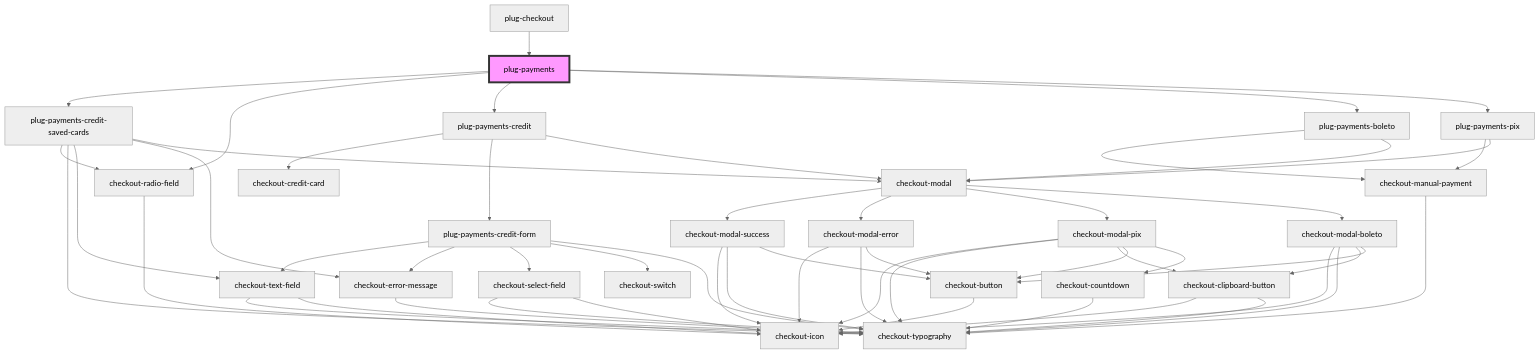
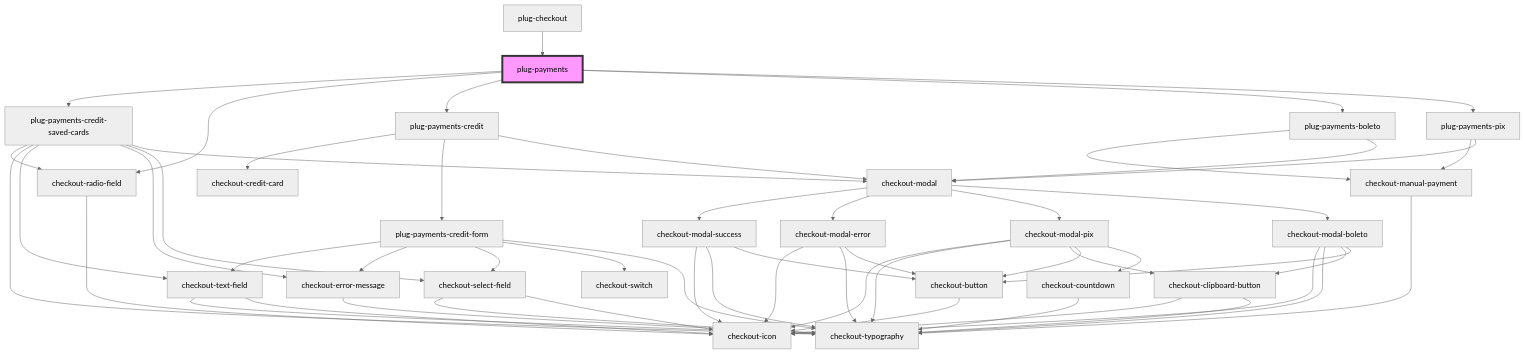
Before and after one commit to plughacker/malga-checkout: the diagram in packages/checkout/core/src/components/plug-payments/readme.md, drawn with Mermaid (neutral theme). The commit also changed 2 other files, not shown here.

Commit message:
docs(plug-checkout): component graphs

````diff
--- a/packages/checkout/core/src/components/plug-payments/readme.md
+++ b/packages/checkout/core/src/components/plug-payments/readme.md
@@ -35,57 +35,58 @@
 ```mermaid
 graph TD;
   plug-payments --> plug-payments-credit-saved-cards
   plug-payments --> checkout-radio-field
   plug-payments --> plug-payments-credit
   plug-payments --> plug-payments-boleto
   plug-payments --> plug-payments-pix
   plug-payments-credit-saved-cards --> checkout-radio-field
   plug-payments-credit-saved-cards --> checkout-typography
   plug-payments-credit-saved-cards --> checkout-text-field
   plug-payments-credit-saved-cards --> checkout-error-message
+  plug-payments-credit-saved-cards --> checkout-select-field
   plug-payments-credit-saved-cards --> checkout-modal
   checkout-radio-field --> checkout-icon
   checkout-text-field --> checkout-typography
   checkout-text-field --> checkout-icon
   checkout-error-message --> checkout-typography
+  checkout-select-field --> checkout-typography
+  checkout-select-field --> checkout-icon
   checkout-modal --> checkout-modal-success
   checkout-modal --> checkout-modal-error
   checkout-modal --> checkout-modal-pix
   checkout-modal --> checkout-modal-boleto
   checkout-modal-success --> checkout-icon
   checkout-modal-success --> checkout-typography
   checkout-modal-success --> checkout-button
   checkout-button --> checkout-icon
   checkout-modal-error --> checkout-icon
   checkout-modal-error --> checkout-typography
   checkout-modal-error --> checkout-button
   checkout-modal-pix --> checkout-icon
   checkout-modal-pix --> checkout-typography
   checkout-modal-pix --> checkout-clipboard-button
   checkout-modal-pix --> checkout-button
   checkout-modal-pix --> checkout-countdown
   checkout-clipboard-button --> checkout-icon
   checkout-clipboard-button --> checkout-typography
   checkout-countdown --> checkout-typography
   checkout-modal-boleto --> checkout-icon
   checkout-modal-boleto --> checkout-typography
   checkout-modal-boleto --> checkout-clipboard-button
   checkout-modal-boleto --> checkout-button
   plug-payments-credit --> checkout-credit-card
   plug-payments-credit --> plug-payments-credit-form
   plug-payments-credit --> checkout-modal
   plug-payments-credit-form --> checkout-text-field
   plug-payments-credit-form --> checkout-error-message
   plug-payments-credit-form --> checkout-select-field
   plug-payments-credit-form --> checkout-switch
   plug-payments-credit-form --> checkout-typography
-  checkout-select-field --> checkout-typography
-  checkout-select-field --> checkout-icon
   plug-payments-boleto --> checkout-manual-payment
   plug-payments-boleto --> checkout-modal
   checkout-manual-payment --> checkout-typography
   plug-payments-pix --> checkout-manual-payment
   plug-payments-pix --> checkout-modal
   plug-checkout --> plug-payments
   style plug-payments fill:#f9f,stroke:#333,stroke-width:4px
 ```
````
